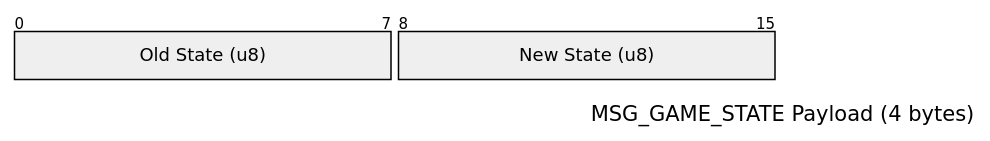
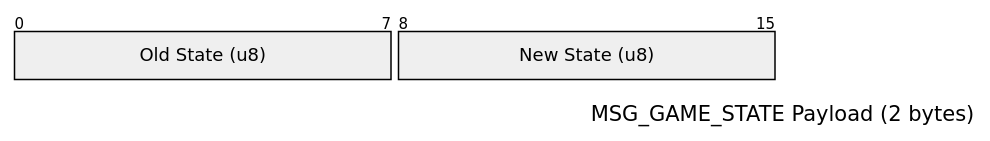
Before and after one commit to rafaelurben/raspberry-pi-pico-schlagzaehler: diagram 12 of 20 in docs/protocol.md, drawn with Mermaid. The commit also changed other lines of this file and 40 other files, not shown here.

````diff
--- a/docs/protocol.md
+++ b/docs/protocol.md
@@ -381,8 +381,8 @@
 ```mermaid
 ---
-title: "MSG_GAME_STATE Payload (4 bytes)"
+title: "MSG_GAME_STATE Payload (2 bytes)"
 ---
 packet
 0-7: "Old State (u8)"
 8-15: "New State (u8)"
 ```
````
